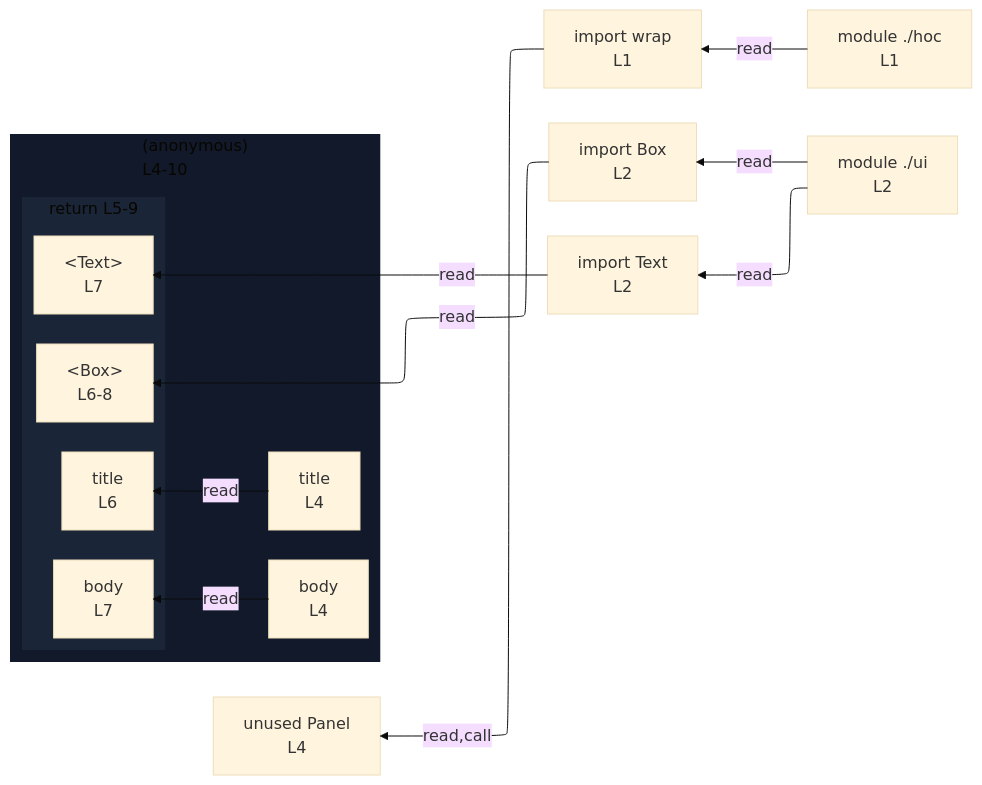
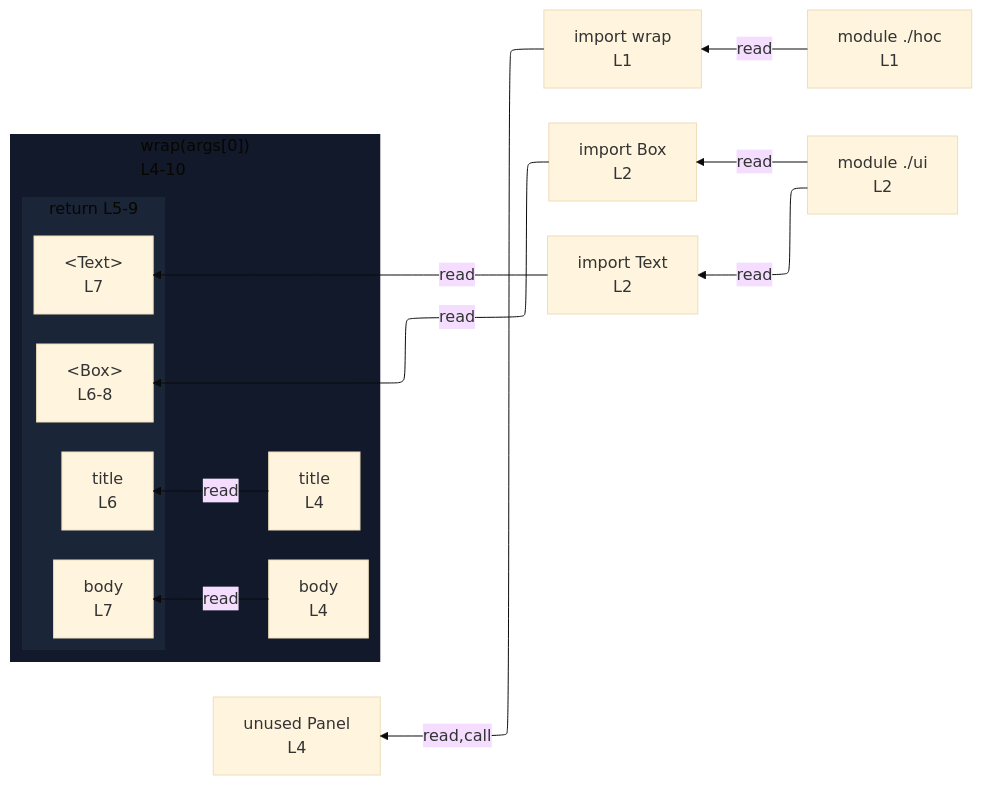
The diagram in integration/fixtures/jsx/call-argument-component/preview.md (crescware/unsnarl), drawn with Mermaid (base theme) before and after one commit. The commit also changed 71 other files, not shown here.

````diff
--- a/integration/fixtures/jsx/call-argument-component/preview.md
+++ b/integration/fixtures/jsx/call-argument-component/preview.md
@@ -20,34 +20,34 @@
 ```mermaid
 %%{init: {"flowchart": {"defaultRenderer": "elk"}}}%%
 flowchart RL
   n_scope_0_wrap_9["import wrap<br/>L1"]
   n_scope_0_Box_39["import Box<br/>L2"]
   n_scope_0_Text_44["import Text<br/>L2"]
   n_scope_0_Panel_78["unused Panel<br/>L4"]
-  subgraph s_scope_1["(anonymous)<br/>L4-10"]
+  subgraph s_scope_1["wrap(args[0])<br/>L4-10"]
     direction RL
     n_scope_1_title_92["title<br/>L4"]
     n_scope_1_body_107["body<br/>L4"]
     subgraph s_return_scope_1_128_202["return L5-9"]
       direction RL
       ret_use_ref_2["&lt;Box&gt;<br/>L6-8"]
       ret_use_ref_3["title<br/>L6"]
       ret_use_ref_4["&lt;Text&gt;<br/>L7"]
       ret_use_ref_5["body<br/>L7"]
     end
   end
   n_scope_0_wrap_9 -->|read,call| n_scope_0_Panel_78
   n_scope_0_Box_39 -->|read| ret_use_ref_2
   n_scope_1_title_92 -->|read| ret_use_ref_3
   n_scope_0_Text_44 -->|read| ret_use_ref_4
   n_scope_1_body_107 -->|read| ret_use_ref_5
   mod___hoc["module ./hoc<br/>L1"]
   mod___ui["module ./ui<br/>L2"]
   mod___hoc -->|read| n_scope_0_wrap_9
   mod___ui -->|read| n_scope_0_Box_39
   mod___ui -->|read| n_scope_0_Text_44
   classDef nestL1 fill:#11192a,stroke:transparent;
   class s_scope_1 nestL1;
   classDef nestL2 fill:#1a2538,stroke:transparent;
   class s_return_scope_1_128_202 nestL2;
 ```
````
